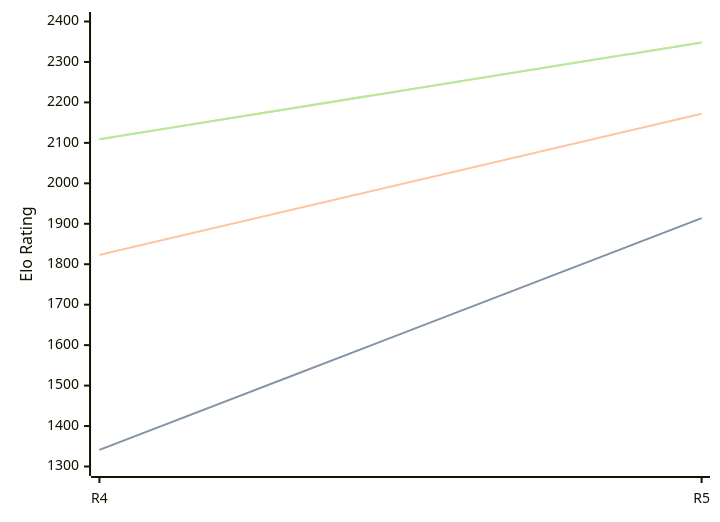
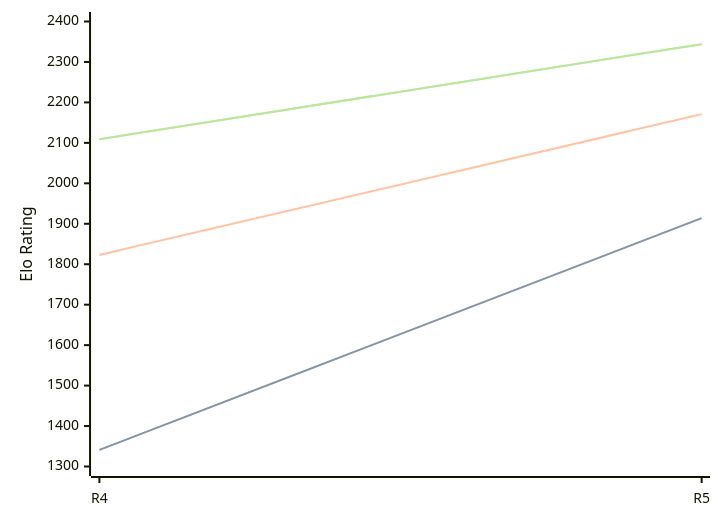
Before and after one commit to computer-chess-index/cci: the first of 3 diagrams in engines/Viking.md, drawn with Mermaid. The commit also changed other lines of this file, not shown here.

Commit message:
Update CCI Ratings (ELO VLTC) - 2026-07-10

````diff
--- a/engines/Viking.md
+++ b/engines/Viking.md
@@ -35,11 +35,11 @@
 ```mermaid
 %%{init: {"theme":"base","themeVariables":{"seriesColors:['#a3a3a3','#222221','#faa371']}}}%%
 xychart-beta
   x-axis ["R4", "R5"]
   y-axis "Elo Rating" 1300 --> 2400
   line "STC (8.0+0.08s)" [1341, 1914]
   line "STC (8.0+0.08s)" [1341, 1914]
-  line "LTC (60.0+0.60s)" [1823, 2172]
-  line "VLTC (2m24s+1.12s)" [2109, 2348]
-  line "VLTC (2m24s+1.12s)" [2109, 2348]
+  line "LTC (60.0+0.60s)" [1823, 2171]
+  line "VLTC (2m24s+1.12s)" [2109, 2344]
+  line "VLTC (2m24s+1.12s)" [2109, 2344]
 ```
````
